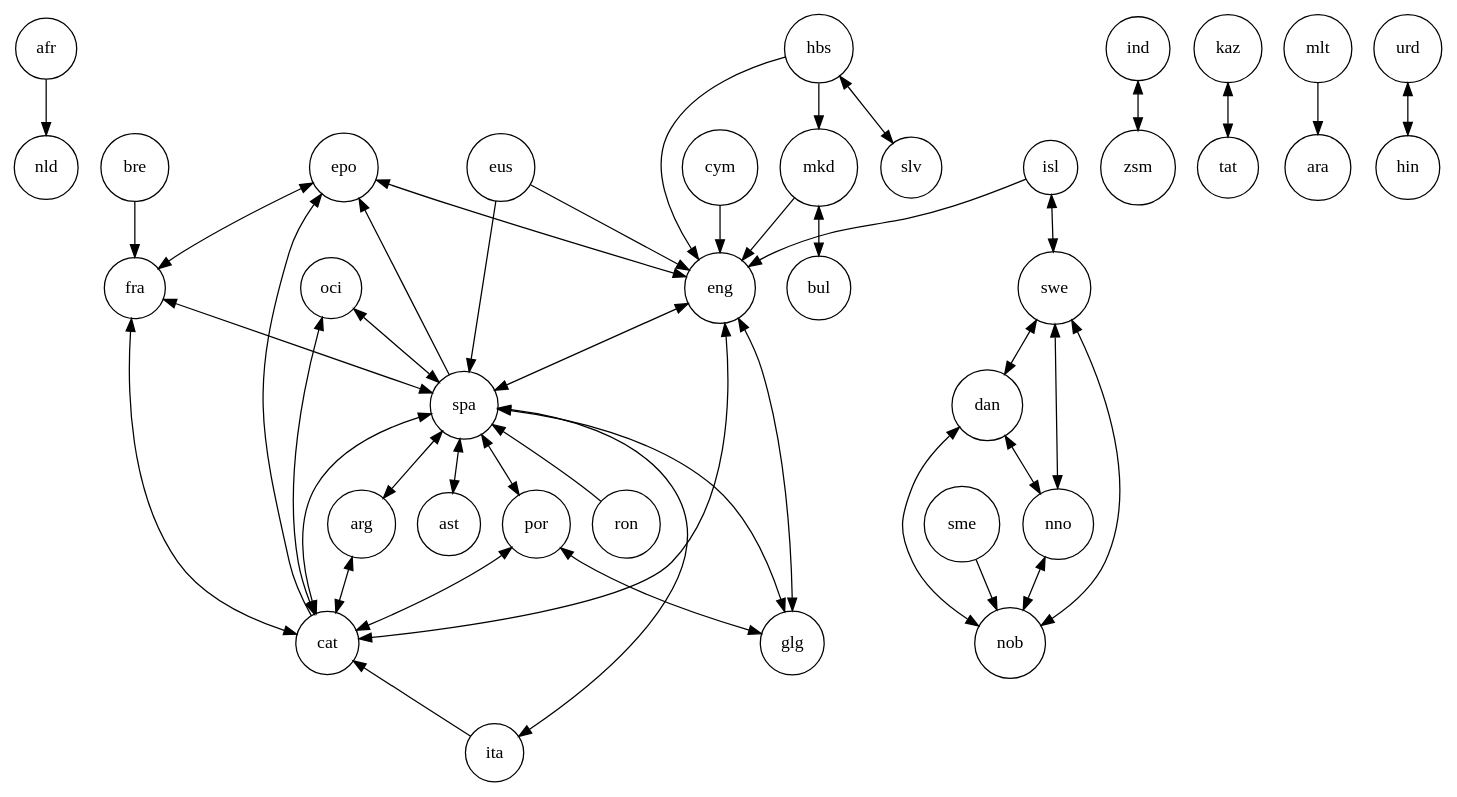
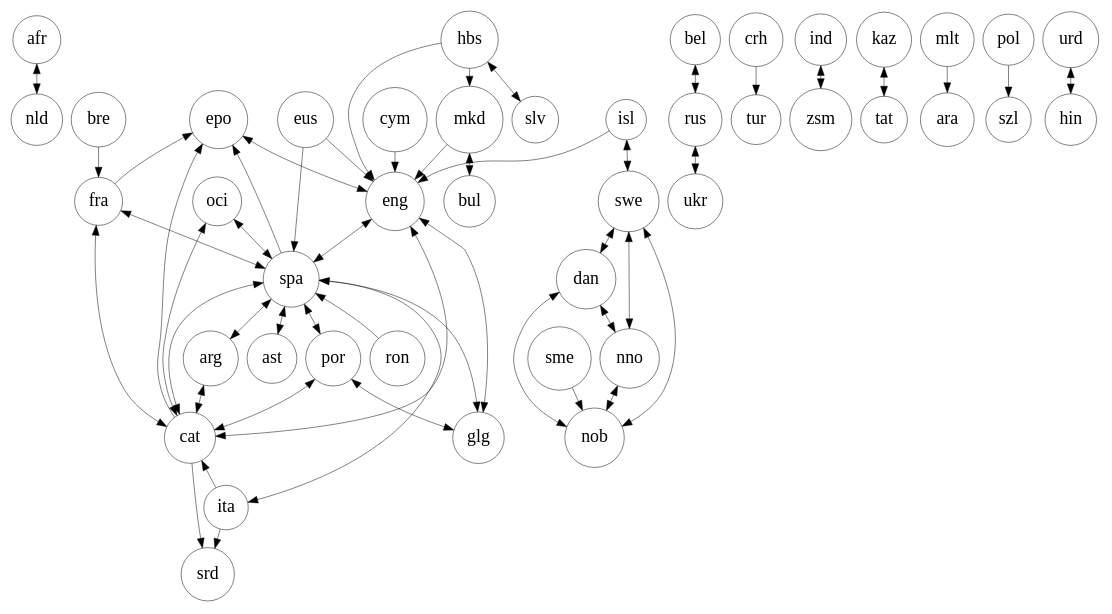
Before and after one commit to apertium/organisation: the diagram in posters/lt4all/Images/pairs.dot, drawn with Graphviz. The commit also changed 2 other files, not shown here.

Commit message:
graph updated

```diff
--- a/posters/lt4all/Images/pairs.dot
+++ b/posters/lt4all/Images/pairs.dot
@@ -1,48 +1,56 @@
 digraph G {
-node [shape=circle] ;
-afr -> nld ;
+size ="12,8" ;
+node [shape=circle; fontsize=36] ;
+edge [arrowsize=2] ;
+afr -> nld [dir=both] ;
 arg -> cat [dir=both] ;
+bel -> rus [dir=both] ;
 bre -> fra ;
 cat -> ita [dir=back] ;
+cat -> srd ;
+crh -> tur ;
 cym -> eng  ;
 dan -> nno [dir=both] ;
 dan -> nob [dir=both] ;
 eng -> cat [dir=both] ;
 eng -> spa [dir=both] ;
 eng -> glg [dir=both] ;
 epo -> cat [dir=back] ;
 epo -> eng [dir=both] ;
 epo -> spa [dir=back] ;
-epo -> fra [dir=both] ;
+epo -> fra [dir=back] ;
 spa -> arg [dir=both] ;
 spa -> ast [dir=both] ;
 spa -> cat [dir=both] ;
 spa -> glg [dir=both] ;
 spa -> ita [dir=both] ;
 spa -> por [dir=both] ;
 spa -> ron [dir=back] ;
 eus -> eng ;
 eus -> spa  ;
 fra -> cat [dir=both] ;
 fra -> spa [dir=both] ;
 hbs -> eng  ;
 hbs -> mkd  ;
 hbs -> slv [dir=both] ;
 ind -> zsm [dir=both] ;
 isl -> eng  ;
 isl -> swe [dir=both] ;
+ita -> srd ;
 kaz -> tat [dir=both] ;
 mkd -> bul [dir=both] ;
 mkd -> eng  ;
 mlt -> ara  ;
 nno -> nob [dir=both] ;
 oci -> cat [dir=both] ;
 oci -> spa [dir=both] ;
+pol -> szl ;
 por -> cat [dir=both] ;
 por -> glg [dir=both] ;
+rus -> ukr [dir=both] ;
 sme -> nob  ;
 swe -> dan [dir=both] ;
 swe -> nob [dir=both] ;
 swe -> nno [dir=both] ;
 urd -> hin [dir=both] ;
 } 
```
